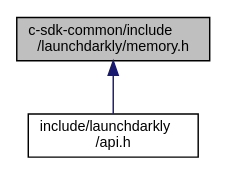
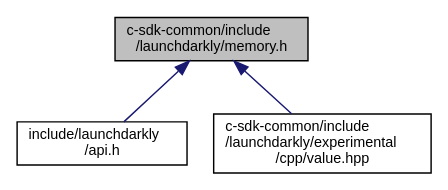
Before and after one commit to launchdarkly/c-server-sdk: the diagram in memory_8h__dep__incl.dot, drawn with Graphviz. The commit also changed 150 other files, not shown here.

```diff
--- a/memory_8h__dep__incl.dot
+++ b/memory_8h__dep__incl.dot
@@ -1,9 +1,11 @@
 digraph "c-sdk-common/include/launchdarkly/memory.h"
 {
  // LATEX_PDF_SIZE
   edge [fontname="Helvetica",fontsize="10",labelfontname="Helvetica",labelfontsize="10"];
   node [fontname="Helvetica",fontsize="10",shape=record];
   Node1 [label="c-sdk-common/include\l/launchdarkly/memory.h",height=0.2,width=0.4,color="black", fillcolor="grey75", style="filled", fontcolor="black",tooltip="Public API. Operations for managing memory."];
   Node1 -> Node2 [dir="back",color="midnightblue",fontsize="10",style="solid",fontname="Helvetica"];
   Node2 [label="include/launchdarkly\l/api.h",height=0.2,width=0.4,color="black", fillcolor="white", style="filled",URL="$api_8h.html",tooltip="Public API. Include this for every public operation."];
+  Node1 -> Node3 [dir="back",color="midnightblue",fontsize="10",style="solid",fontname="Helvetica"];
+  Node3 [label="c-sdk-common/include\l/launchdarkly/experimental\l/cpp/value.hpp",height=0.2,width=0.4,color="black", fillcolor="white", style="filled",URL="$value_8hpp_source.html",tooltip=" "];
 }
```
